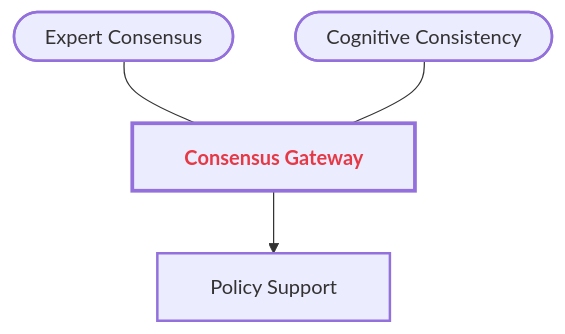
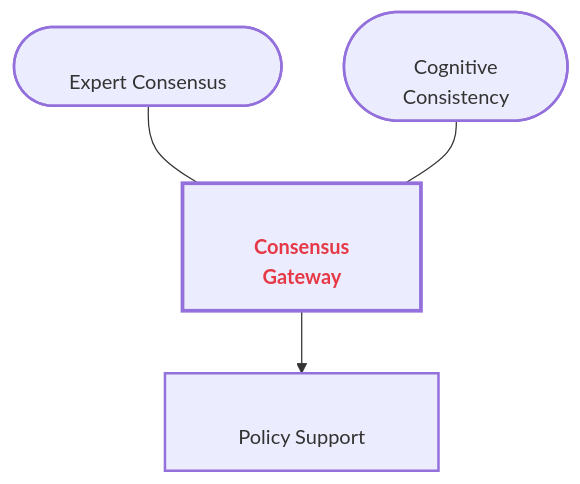
Before and after one commit to GM024/CourseSummaries: the seventh of 8 diagrams in Communication_Influence/Mastery_Guide_SOW_BS033.md, drawn with Mermaid. The commit also changed other lines of this file, not shown here.

Commit message:
GitHub-Hardened V2: 12px font and 10-space buffers for zero-clipping guarantee

````diff
--- a/Communication_Influence/Mastery_Guide_SOW_BS033.md
+++ b/Communication_Influence/Mastery_Guide_SOW_BS033.md
@@ -228,13 +228,13 @@
 ```mermaid
-%%{init: { 'flowchart': { 'padding': 20, 'nodeSpacing': 50, 'rankSpacing': 50, 'useMaxWidth': false }, 'theme': 'neutral', 'themeVariables': { 'fontSize': '14px', 'fontFamily': '-apple-system,BlinkMacSystemFont,"Segoe UI",Helvetica,Arial,sans-serif' }}}%%
+%%{init: { 'flowchart': { 'padding': 30, 'useMaxWidth': false, 'htmlLabels': true }, 'theme': 'neutral', 'themeVariables': { 'fontSize': '12px', 'fontFamily': '-apple-system,BlinkMacSystemFont,"Segoe UI",Helvetica,Arial,sans-serif' }}}%%
 graph TD
     classDef sandbox stroke-width:2px;
     classDef hub stroke-width:3px,font-weight:bold;
 
-    Hub["&nbsp;&nbsp; <span style='color:#e63946'><b>Consensus Gateway</b></span> &nbsp;&nbsp;"]:::hub
+    Hub["<br/>&nbsp;&nbsp;&nbsp;&nbsp;&nbsp;&nbsp; <span style='color:#e63946'><b>Consensus</b></span> &nbsp;&nbsp;&nbsp;&nbsp;&nbsp;&nbsp;<br/>&nbsp;&nbsp;&nbsp;&nbsp;&nbsp;&nbsp; <span style='color:#e63946'><b>Gateway</b></span> &nbsp;&nbsp;&nbsp;&nbsp;&nbsp;&nbsp;<br/>"]:::hub
     
-    S1(["&nbsp;&nbsp; Expert Consensus &nbsp;&nbsp;"]):::sandbox --- Hub
-    S2(["&nbsp;&nbsp; Cognitive Consistency &nbsp;&nbsp;"]):::sandbox --- Hub
+    S1(["<br/>&nbsp;&nbsp;&nbsp;&nbsp;&nbsp;&nbsp; Expert Consensus &nbsp;&nbsp;&nbsp;&nbsp;&nbsp;&nbsp;<br/>"]):::sandbox --- Hub
+    S2(["<br/>&nbsp;&nbsp;&nbsp;&nbsp;&nbsp;&nbsp; Cognitive &nbsp;&nbsp;&nbsp;&nbsp;&nbsp;&nbsp;<br/>&nbsp;&nbsp;&nbsp;&nbsp;&nbsp;&nbsp; Consistency &nbsp;&nbsp;&nbsp;&nbsp;&nbsp;&nbsp;<br/>"]):::sandbox --- Hub
     
-    Hub --> B1["&nbsp;&nbsp; Policy Support &nbsp;&nbsp;"]:::sandbox
+    Hub --> B1["<br/>&nbsp;&nbsp;&nbsp;&nbsp;&nbsp;&nbsp; Policy Support &nbsp;&nbsp;&nbsp;&nbsp;&nbsp;&nbsp;<br/>"]:::sandbox
 ```
````
